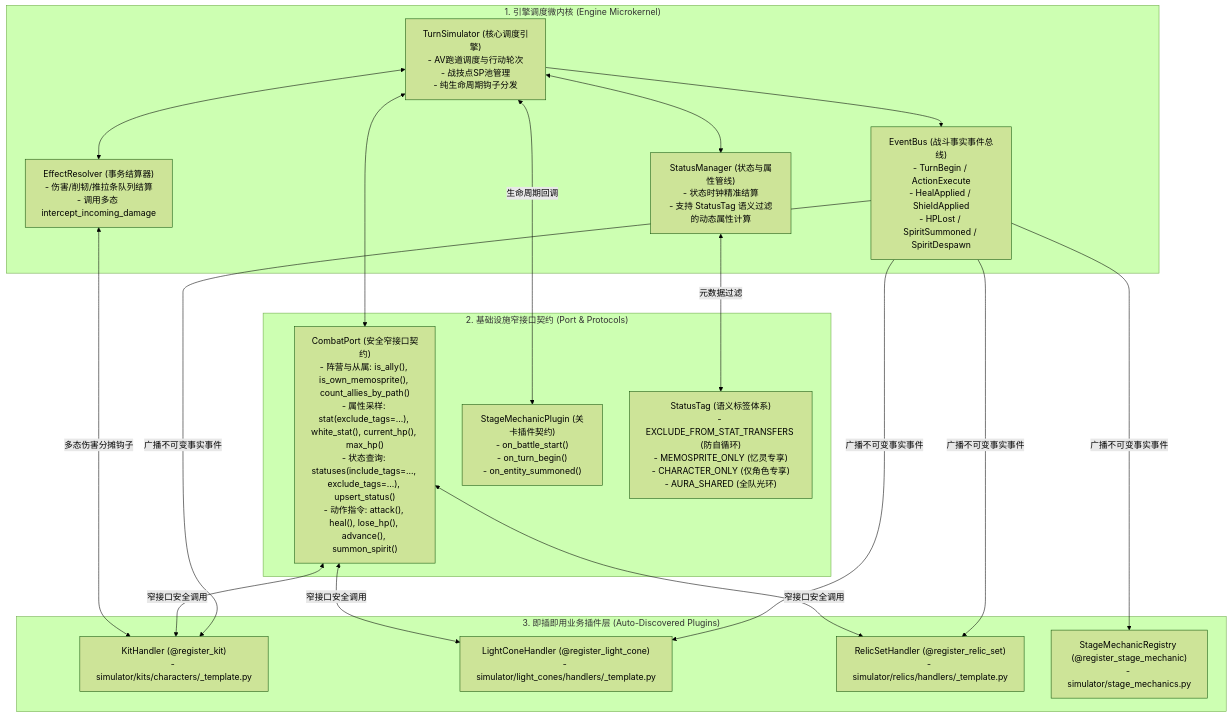
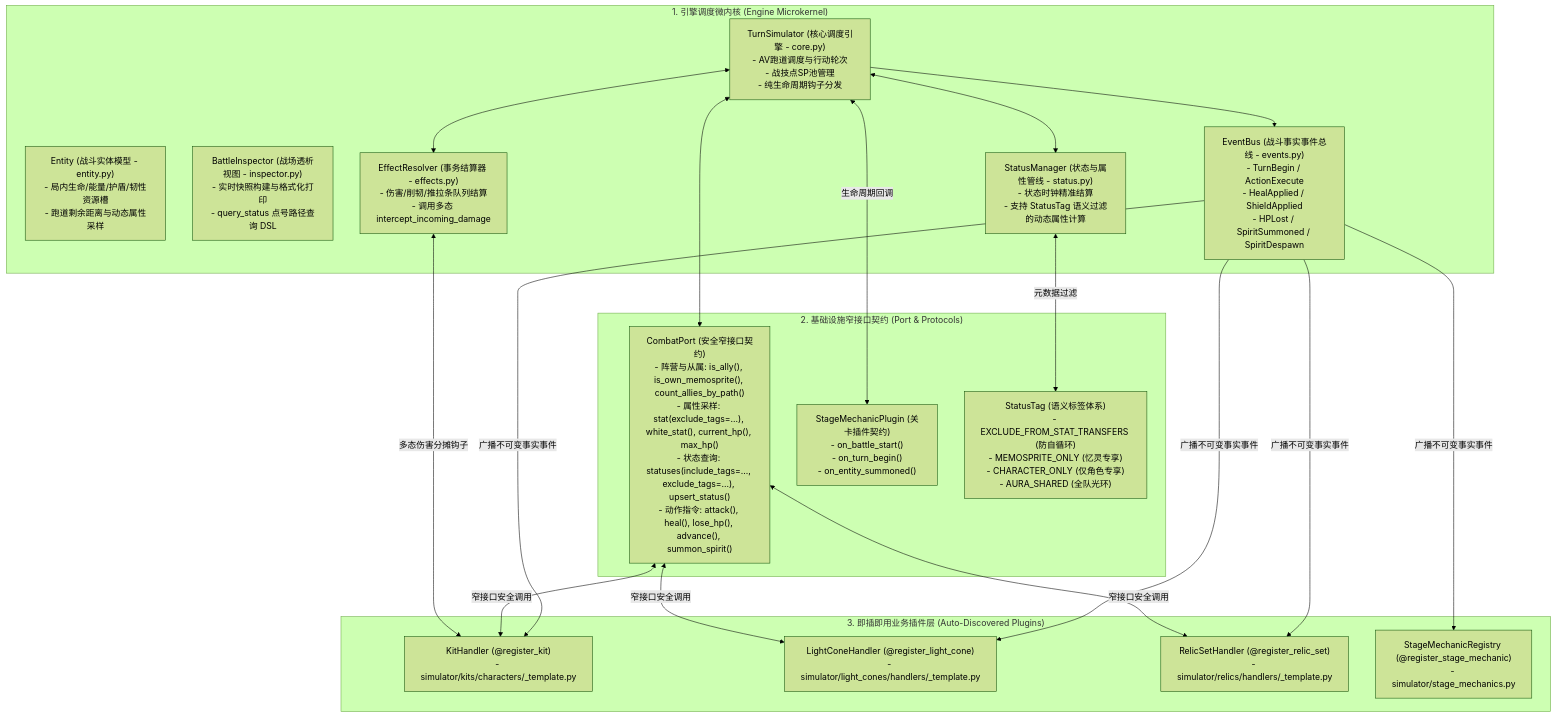
Before and after one commit to sagirisensee/StarRail-Combat-Simulator: the diagram in DEVELOPER_GUIDE.md, drawn with Mermaid (forest theme). The commit also changed other lines of this file and 1 other file, not shown here.

Commit message:
docs: detail core decomposition into entity and inspector modules

````diff
--- a/DEVELOPER_GUIDE.md
+++ b/DEVELOPER_GUIDE.md
@@ -14,32 +14,34 @@
 ```mermaid
 flowchart TD
     subgraph 引擎核心层 ["1. 引擎调度微内核 (Engine Microkernel)"]
-        TS["TurnSimulator (核心调度引擎)\n- AV跑道调度与行动轮次\n- 战技点SP池管理\n- 纯生命周期钩子分发"]
-        ER["EffectResolver (事务结算器)\n- 伤害/削韧/推拉条队列结算\n- 调用多态 intercept_incoming_damage"]
-        EB["EventBus (战斗事实事件总线)\n- TurnBegin / ActionExecute\n- HealApplied / ShieldApplied\n- HPLost / SpiritSummoned / SpiritDespawn"]
-        SM["StatusManager (状态与属性管线)\n- 状态时钟精准结算\n- 支持 StatusTag 语义过滤的动态属性计算"]
+        TS["TurnSimulator (核心调度引擎 - core.py)\n- AV跑道调度与行动轮次\n- 战技点SP池管理\n- 纯生命周期钩子分发"]
+        ENT["Entity (战斗实体模型 - entity.py)\n- 局内生命/能量/护盾/韧性资源槽\n- 跑道剩余距离与动态属性采样"]
+        BI["BattleInspector (战场透析视图 - inspector.py)\n- 实时快照构建与格式化打印\n- query_status 点号路径查询 DSL"]
+        ER["EffectResolver (事务结算器 - effects.py)\n- 伤害/削韧/推拉条队列结算\n- 调用多态 intercept_incoming_damage"]
+        EB["EventBus (战斗事实事件总线 - events.py)\n- TurnBegin / ActionExecute\n- HealApplied / ShieldApplied\n- HPLost / SpiritSummoned / SpiritDespawn"]
+        SM["StatusManager (状态与属性管线 - status.py)\n- 状态时钟精准结算\n- 支持 StatusTag 语义过滤的动态属性计算"]
     end
 
     subgraph 协议隔离层 ["2. 基础设施窄接口契约 (Port & Protocols)"]
         CP["CombatPort (安全窄接口契约)\n- 阵营与从属: is_ally(), is_own_memosprite(), count_allies_by_path()\n- 属性采样: stat(exclude_tags=...), white_stat(), current_hp(), max_hp()\n- 状态查询: statuses(include_tags=..., exclude_tags=...), upsert_status()\n- 动作指令: attack(), heal(), lose_hp(), advance(), summon_spirit()"]
         SMP["StageMechanicPlugin (关卡插件契约)\n- on_battle_start()\n- on_turn_begin()\n- on_entity_summoned()"]
         TAG["StatusTag (语义标签体系)\n- EXCLUDE_FROM_STAT_TRANSFERS (防自循环)\n- MEMOSPRITE_ONLY (忆灵专享)\n- CHARACTER_ONLY (仅角色专享)\n- AURA_SHARED (全队光环)"]
     end
 
     subgraph 业务插件层 ["3. 即插即用业务插件层 (Auto-Discovered Plugins)"]
         KH["KitHandler (@register_kit)\n- simulator/kits/characters/_template.py"]
         LCH["LightConeHandler (@register_light_cone)\n- simulator/light_cones/handlers/_template.py"]
         RH["RelicSetHandler (@register_relic_set)\n- simulator/relics/handlers/_template.py"]
         SMR["StageMechanicRegistry (@register_stage_mechanic)\n- simulator/stage_mechanics.py"]
     end
 
     TS <--> CP
     TS <--> ER
     TS --> EB
     TS <--> SM
     EB -->|广播不可变事实事件| KH & LCH & RH & SMR
     CP <-->|窄接口安全调用| KH & LCH & RH
     ER <-->|多态伤害分摊钩子| KH
     TS <-->|生命周期回调| SMP
     SM <-->|元数据过滤| TAG
 ```
````
